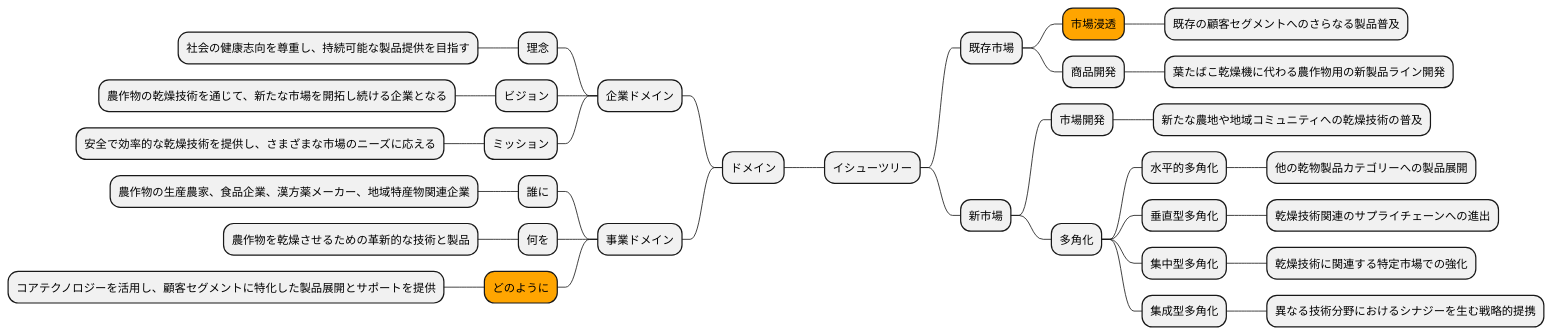
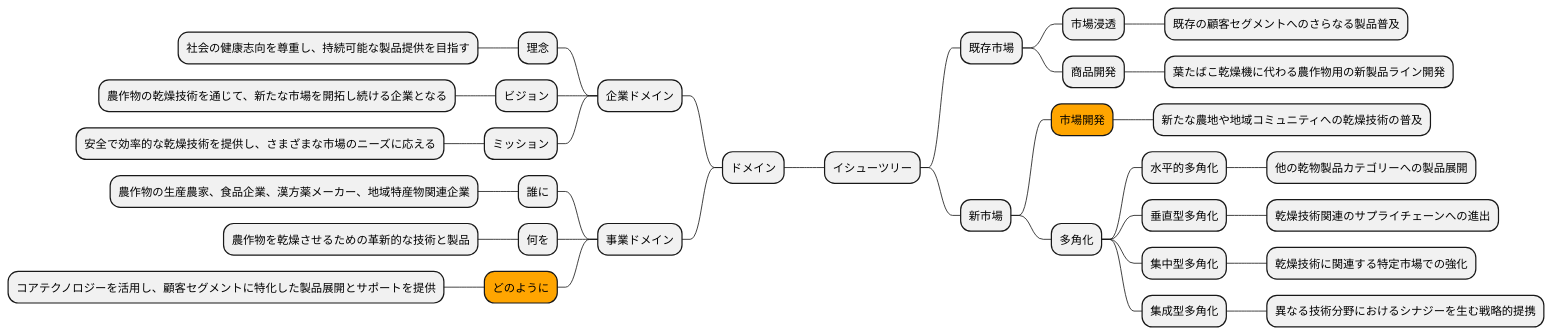
Before and after one commit to k2works/case-sutudy-business-analysis: the seventh of 19 diagrams in docs/case/r01_case_1.adoc, drawn with PlantUML. The commit also changed other lines of this file, not shown here.

```diff
--- a/docs/case/r01_case_1.adoc
+++ b/docs/case/r01_case_1.adoc
@@ -233,42 +233,42 @@
 [plantuml]
 ----
 @startmindmap
 
 * イシューツリー
 left side
 ** ドメイン
 *** 企業ドメイン
 **** 理念
 ***** 社会の健康志向を尊重し、持続可能な製品提供を目指す
 **** ビジョン
 ***** 農作物の乾燥技術を通じて、新たな市場を開拓し続ける企業となる
 **** ミッション
 ***** 安全で効率的な乾燥技術を提供し、さまざまな市場のニーズに応える
 *** 事業ドメイン
 **** 誰に
 ***** 農作物の生産農家、食品企業、漢方薬メーカー、地域特産物関連企業
 **** 何を
 ***** 農作物を乾燥させるための革新的な技術と製品
 ****[#orange] どのように
 ***** コアテクノロジーを活用し、顧客セグメントに特化した製品展開とサポートを提供
 right side
 ** 既存市場
-***[#orange] 市場浸透
+*** 市場浸透
 **** 既存の顧客セグメントへのさらなる製品普及
 *** 商品開発
 **** 葉たばこ乾燥機に代わる農作物用の新製品ライン開発
 ** 新市場
-*** 市場開発
+***[#orange] 市場開発
 **** 新たな農地や地域コミュニティへの乾燥技術の普及
 *** 多角化
 **** 水平的多角化
 ***** 他の乾物製品カテゴリーへの製品展開
 **** 垂直型多角化
 ***** 乾燥技術関連のサプライチェーンへの進出
 **** 集中型多角化
 ***** 乾燥技術に関連する特定市場での強化
 **** 集成型多角化
 ***** 異なる技術分野におけるシナジーを生む戦略的提携
 
 @endmindmap
 ----
```
